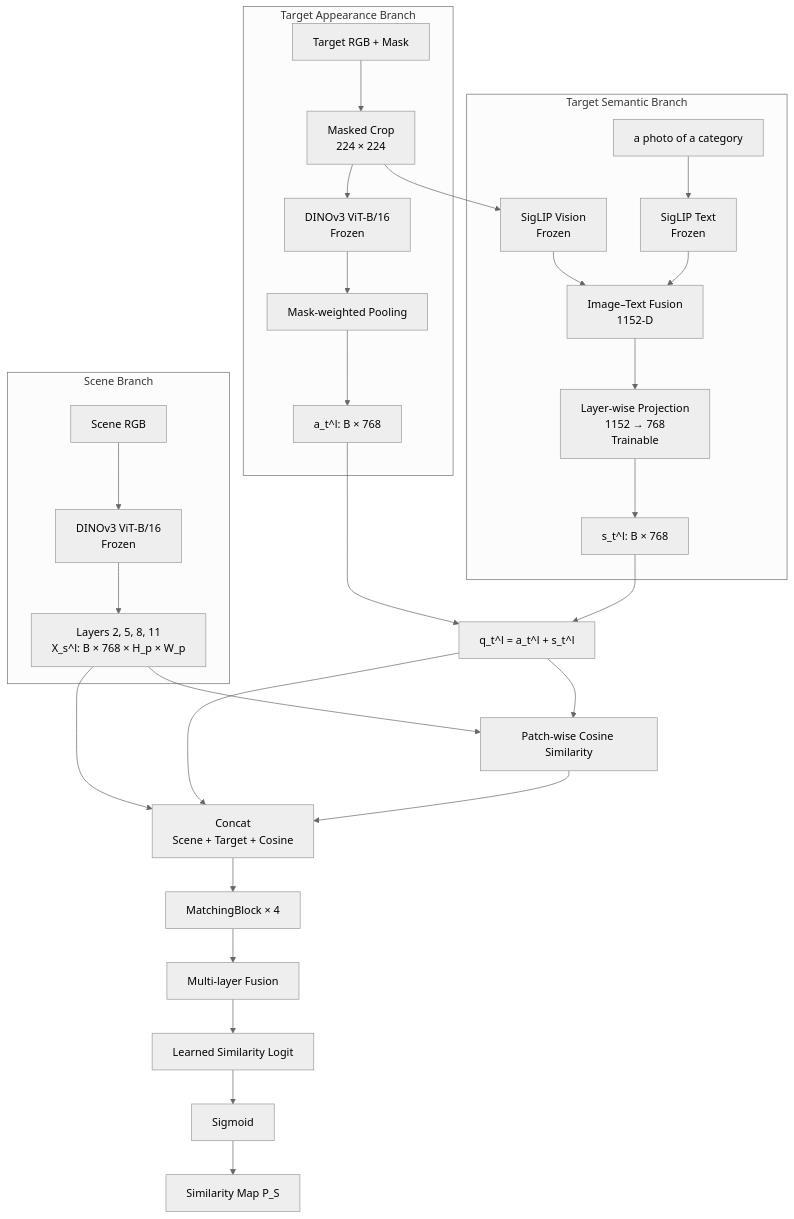
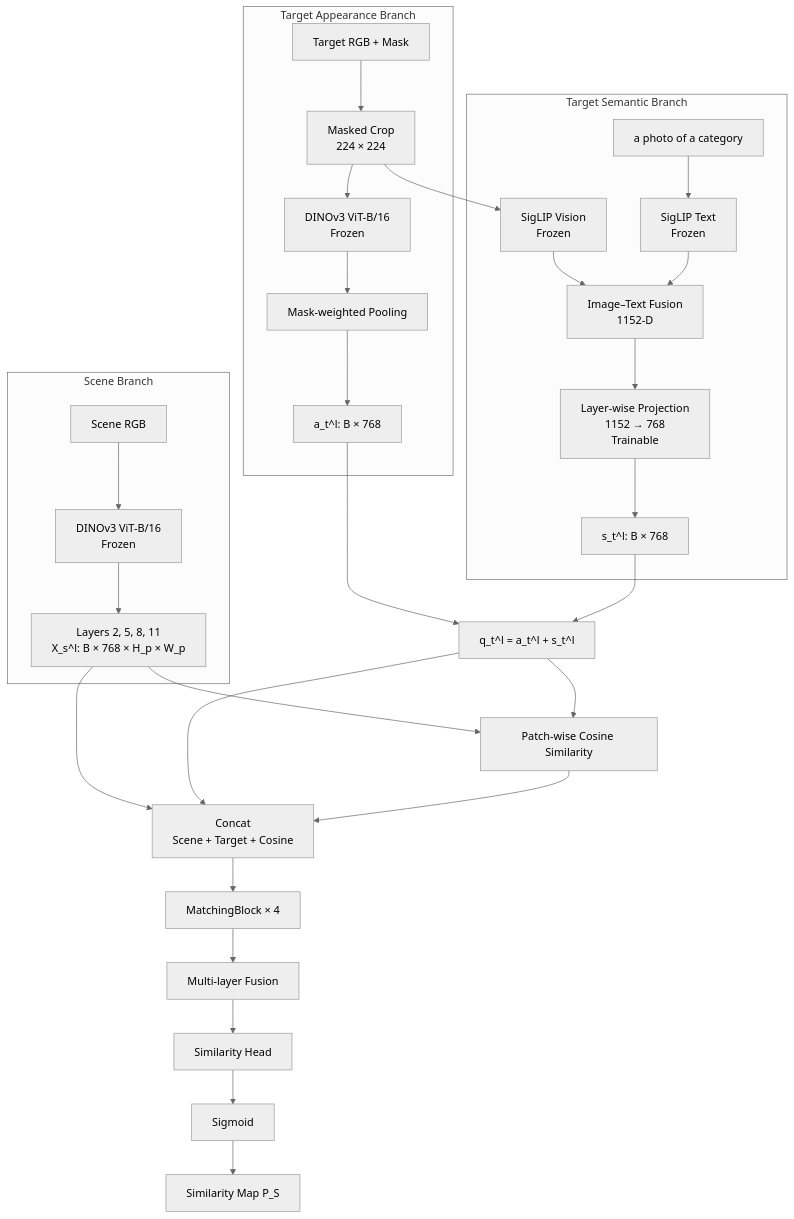
One commit to JeonHaneul/2D-PDM_DINOv3 changed the second of 4 diagrams in README.md. Above: the diagram before and after it, drawn with Mermaid (neutral theme). The commit also changed other lines of this file, not shown here.

````diff
--- a/README.md
+++ b/README.md
@@ -94,43 +91,43 @@
 ```mermaid
 flowchart TB
     subgraph SCENE["Scene Branch"]
         SRGB["Scene RGB"]
         SDINO["DINOv3 ViT-B/16<br/>Frozen"]
         SFEAT["Layers 2, 5, 8, 11<br/>X_s^l: B × 768 × H_p × W_p"]
         SRGB --> SDINO --> SFEAT
     end
 
     subgraph APPEARANCE["Target Appearance Branch"]
         TRGB["Target RGB + Mask"]
         CROP["Masked Crop<br/>224 × 224"]
         TDINO["DINOv3 ViT-B/16<br/>Frozen"]
         POOL["Mask-weighted Pooling"]
         AVEC["a_t^l: B × 768"]
         TRGB --> CROP --> TDINO --> POOL --> AVEC
     end
 
     subgraph SEMANTIC["Target Semantic Branch"]
         SIGIMG["SigLIP Vision<br/>Frozen"]
         PROMPT["a photo of a category"]
         SIGTXT["SigLIP Text<br/>Frozen"]
         SEMFUSE["Image–Text Fusion<br/>1152-D"]
         PROJ["Layer-wise Projection<br/>1152 → 768<br/>Trainable"]
         SVEC["s_t^l: B × 768"]
         CROP --> SIGIMG --> SEMFUSE
         PROMPT --> SIGTXT --> SEMFUSE
         SEMFUSE --> PROJ --> SVEC
     end
 
     AVEC --> QFUSE["q_t^l = a_t^l + s_t^l"]
     SVEC --> QFUSE
     SFEAT --> COS["Patch-wise Cosine Similarity"]
     QFUSE --> COS
     SFEAT --> INTERACT["Concat<br/>Scene + Target + Cosine"]
     QFUSE --> INTERACT
     COS --> INTERACT
     INTERACT --> BLOCKS["MatchingBlock × 4"]
     BLOCKS --> LFUSE["Multi-layer Fusion"]
-    LFUSE --> HEAD["Learned Similarity Logit"]
+    LFUSE --> HEAD["Similarity Head"]
     HEAD --> SIGMOID["Sigmoid"]
     SIGMOID --> PMAP["Similarity Map P_S"]
 ```
````
